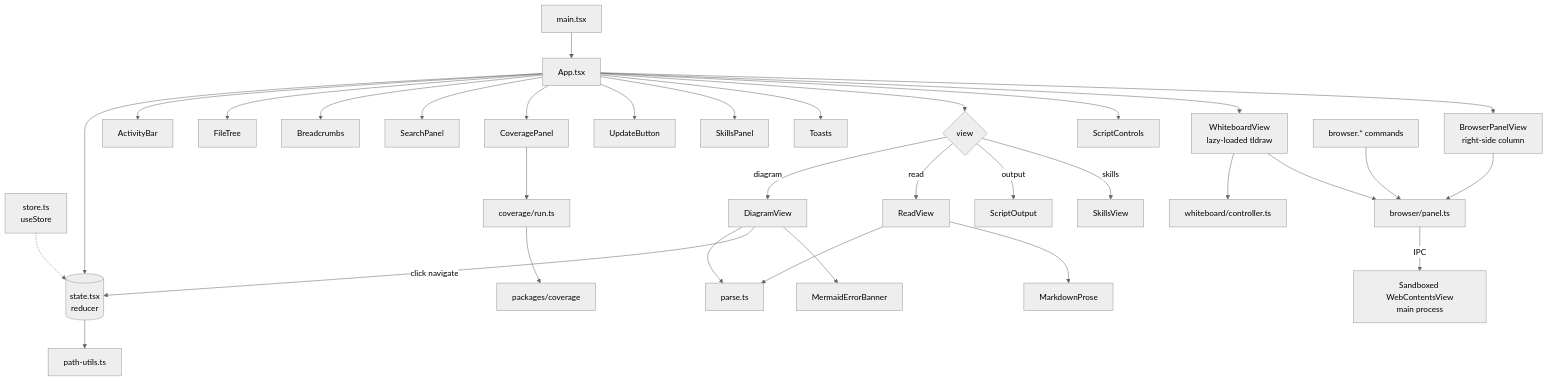
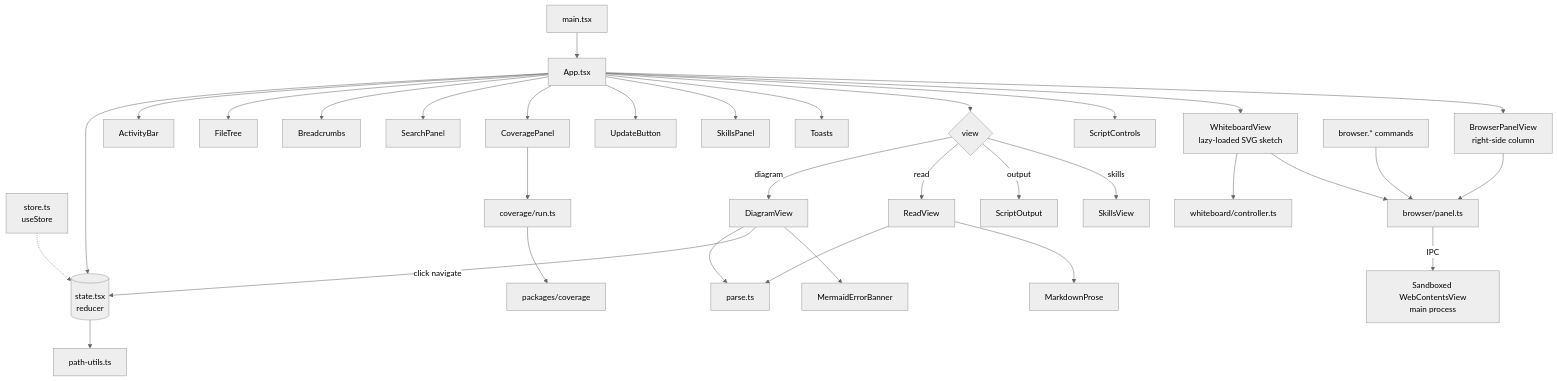
One commit to keithagroves/codeswim changed the diagram in architecture/renderer.md. Above: the diagram before and after it, drawn with Mermaid (neutral theme). The commit also changed other lines of this file and 25 other files, not shown here.

First line of the commit message:
Draw the whiteboard with our own SVG sketch instead of tldraw

````diff
--- a/architecture/renderer.md
+++ b/architecture/renderer.md
@@ -16,66 +16,66 @@
 ```mermaid
 flowchart TD
     Entry[main.tsx] --> AppRoot[App.tsx]
     AppRoot --> State[(state.tsx<br/>reducer)]
     Store[store.ts<br/>useStore] -.-> State
     AppRoot --> Activity[ActivityBar]
     AppRoot --> Tree[FileTree]
     AppRoot --> Crumbs[Breadcrumbs]
     AppRoot --> Search[SearchPanel]
     AppRoot --> CoverageP[CoveragePanel]
     CoverageP --> CovRun[coverage/run.ts]
     CovRun --> CovLib[packages/coverage]
     AppRoot --> UpdateBtn[UpdateButton]
     AppRoot --> SkillsP[SkillsPanel]
     AppRoot --> Toasts
     AppRoot --> View{view}
     View -->|diagram| Diagram[DiagramView]
     View -->|read| Read[ReadView]
     View -->|output| Output[ScriptOutput]
     View -->|skills| SkillsV[SkillsView]
     Diagram --> Parse[parse.ts]
     Read --> Parse
     Diagram -->|click navigate| State
     Diagram --> ErrBanner[MermaidErrorBanner]
     Read --> Prose[MarkdownProse]
     AppRoot --> ScriptCtl[ScriptControls]
-    AppRoot --> Whiteboard[WhiteboardView<br/>lazy-loaded tldraw]
+    AppRoot --> Whiteboard[WhiteboardView<br/>lazy-loaded SVG sketch]
     Whiteboard --> WbCtl[whiteboard/controller.ts]
     AppRoot --> Browser[BrowserPanelView<br/>right-side column]
     Browser --> BrowserStore[browser/panel.ts]
     BrowserCommands[browser.* commands] --> BrowserStore
     Whiteboard --> BrowserStore
     BrowserStore -->|IPC| BrowserHost[Sandboxed WebContentsView<br/>main process]
     State --> PathUtil[path-utils.ts]
 
     click Entry call navigate("../apps/desktop/src/renderer/src/main.tsx")
     click AppRoot call navigate("../apps/desktop/src/renderer/src/App.tsx")
     click State call navigate("../apps/desktop/src/renderer/src/state.tsx")
     click Store call navigate("../apps/desktop/src/renderer/src/store.ts")
     click Parse call navigate("../apps/desktop/src/renderer/src/parse.ts")
     click PathUtil call navigate("../apps/desktop/src/renderer/src/path-utils.ts")
     click Diagram call navigate("../apps/desktop/src/renderer/src/components/DiagramView.tsx")
     click Read call navigate("../apps/desktop/src/renderer/src/components/ReadView.tsx")
     click Output call navigate("../apps/desktop/src/renderer/src/components/ScriptOutput.tsx")
     click SkillsV call navigate("../apps/desktop/src/renderer/src/components/SkillsView.tsx")
     click Activity call navigate("../apps/desktop/src/renderer/src/components/ActivityBar.tsx")
     click Tree call navigate("../apps/desktop/src/renderer/src/components/FileTree.tsx")
     click Crumbs call navigate("../apps/desktop/src/renderer/src/components/Breadcrumbs.tsx")
     click Search call navigate("../apps/desktop/src/renderer/src/components/SearchPanel.tsx")
     click CoverageP call navigate("../apps/desktop/src/renderer/src/components/CoveragePanel.tsx")
     click CovRun call navigate("../apps/desktop/src/renderer/src/coverage/run.ts")
     click CovLib call navigate("./coverage.md")
     click UpdateBtn call navigate("../apps/desktop/src/renderer/src/components/UpdateButton.tsx")
     click SkillsP call navigate("../apps/desktop/src/renderer/src/components/SkillsPanel.tsx")
     click Toasts call navigate("../apps/desktop/src/renderer/src/components/Toasts.tsx")
     click ScriptCtl call navigate("../apps/desktop/src/renderer/src/components/ScriptControls.tsx")
     click Whiteboard call navigate("./whiteboard.md")
     click WbCtl call navigate("../apps/desktop/src/renderer/src/whiteboard/controller.ts")
     click Browser call navigate("../apps/desktop/src/renderer/src/components/BrowserPanelView.tsx")
     click BrowserStore call navigate("../apps/desktop/src/renderer/src/browser/panel.ts")
     click BrowserCommands call navigate("../apps/desktop/src/renderer/src/commands/browser.ts")
     click BrowserHost call navigate("./main-process.md")
     click ErrBanner call navigate("../apps/desktop/src/renderer/src/components/MermaidErrorBanner.tsx")
     click View call navigate("../architecture/renderer.md")
     click Prose call navigate("../apps/desktop/src/renderer/src/components/MarkdownProse.tsx")
 ```
````
